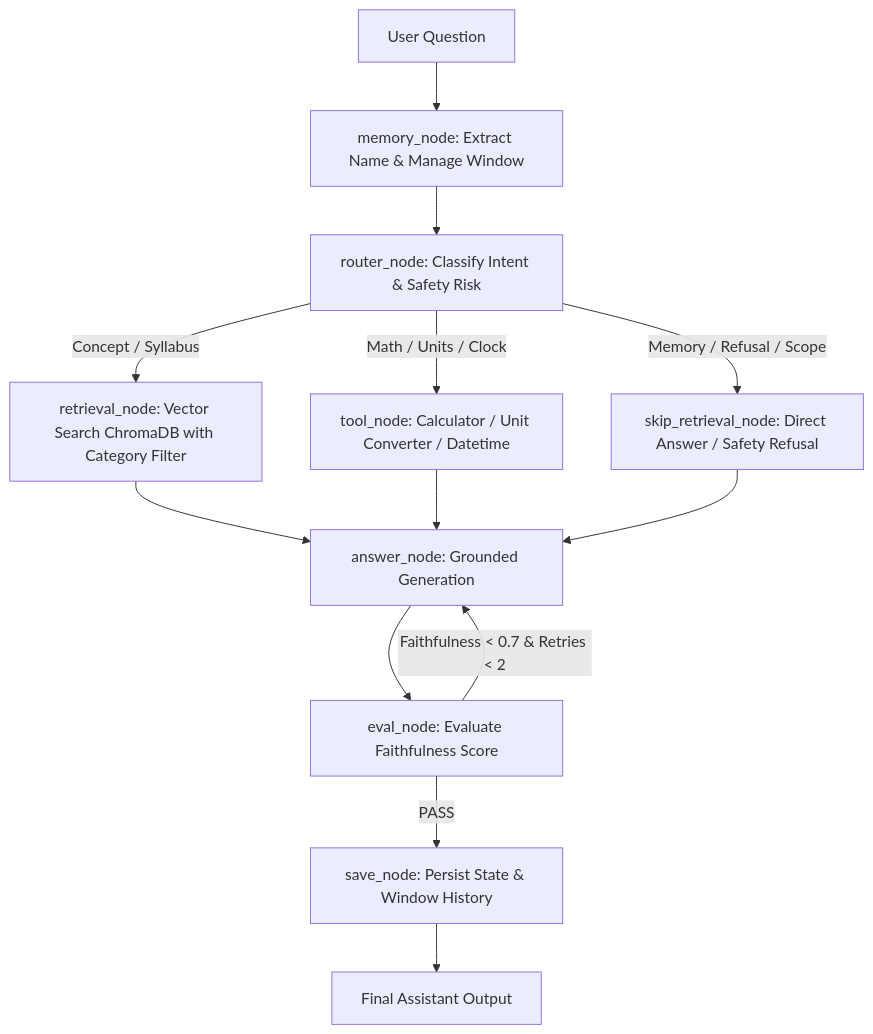
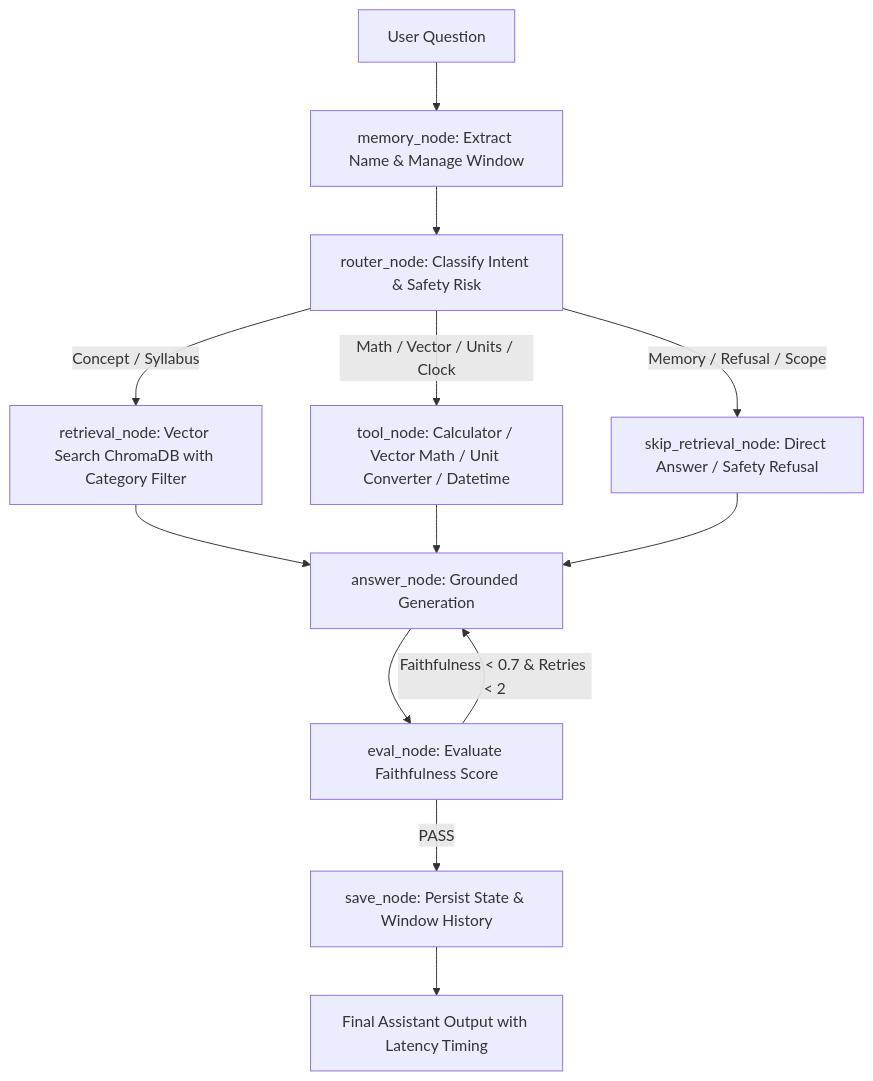
One commit to Y2XNishan/physics-study-buddy-capstone changed the diagram in submission_package/README.md. Above: the diagram before and after it, drawn with Mermaid. The commit also changed other lines of this file and 1 other file, not shown here.

````diff
--- a/submission_package/README.md
+++ b/submission_package/README.md
@@ -9,15 +9,15 @@
 ```mermaid
 graph TD
     A[User Question] --> B[memory_node: Extract Name & Manage Window]
     B --> C[router_node: Classify Intent & Safety Risk]
     C -->|Concept / Syllabus| D[retrieval_node: Vector Search ChromaDB with Category Filter]
-    C -->|Math / Units / Clock| E[tool_node: Calculator / Unit Converter / Datetime]
+    C -->|Math / Vector / Units / Clock| E[tool_node: Calculator / Vector Math / Unit Converter / Datetime]
     C -->|Memory / Refusal / Scope| F[skip_retrieval_node: Direct Answer / Safety Refusal]
     D --> G[answer_node: Grounded Generation]
     E --> G
     F --> G
     G --> H[eval_node: Evaluate Faithfulness Score]
     H -->|Faithfulness < 0.7 & Retries < 2| G
     H -->|PASS| I[save_node: Persist State & Window History]
-    I --> J[Final Assistant Output]
+    I --> J[Final Assistant Output with Latency Timing]
 ```
````
